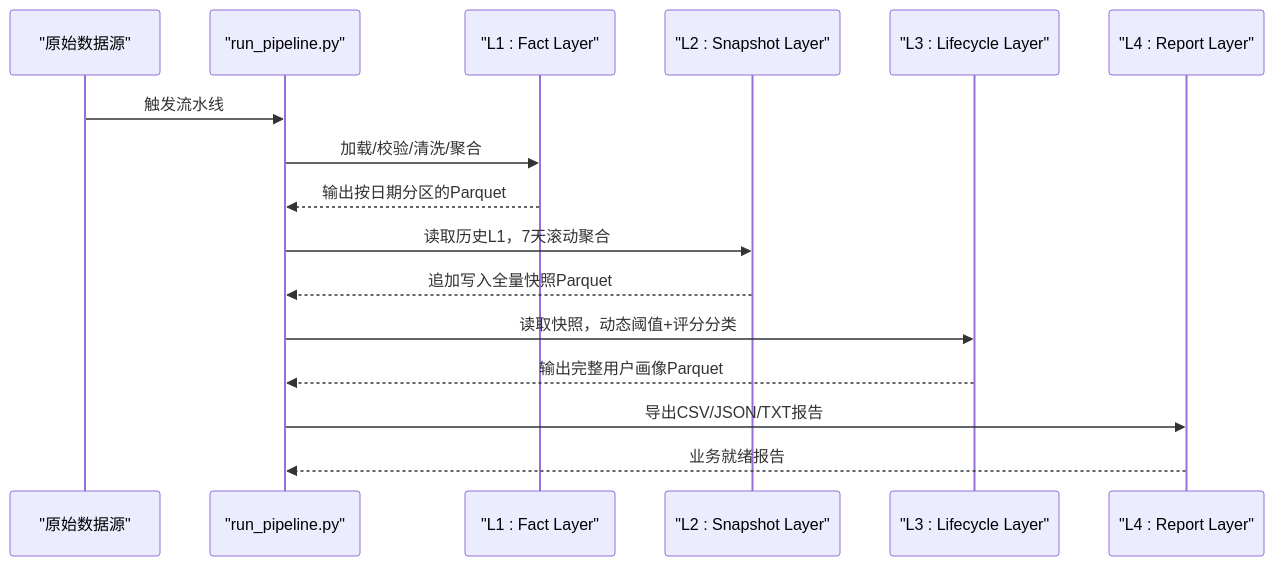
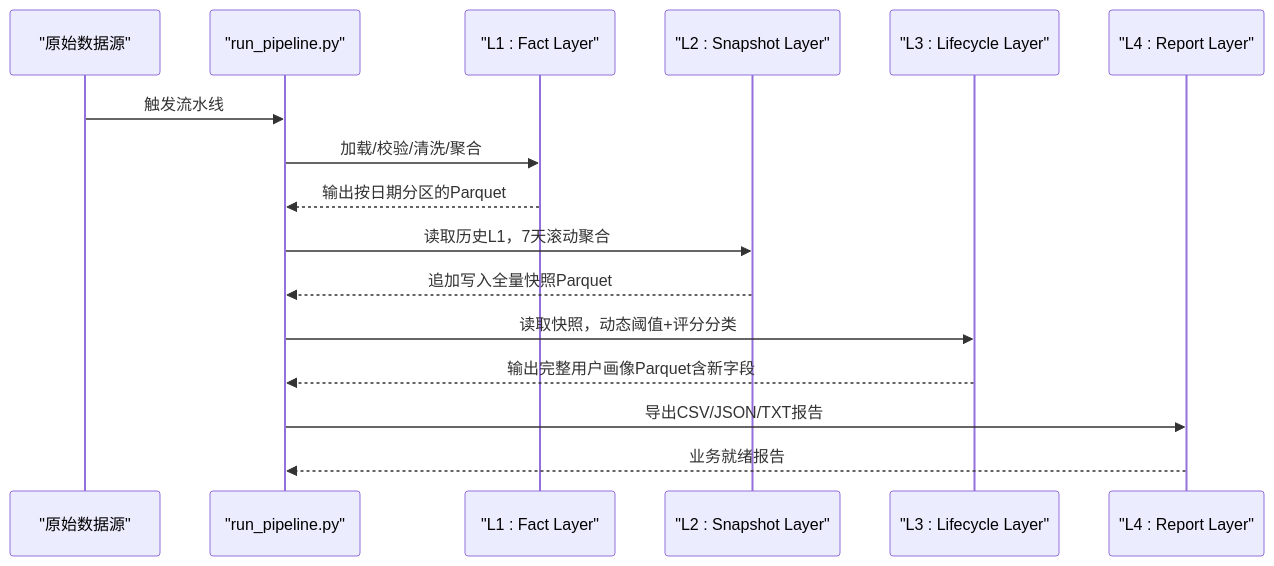
The second of 6 diagrams in .qoder/repowiki/zh/content/数据模型和格式.md (cr71111/User_characteristics_repo), drawn with Mermaid before and after one commit. The commit also changed other lines of this file and 158 other files, not shown here.

````diff
--- a/.qoder/repowiki/zh/content/数据模型和格式.md
+++ b/.qoder/repowiki/zh/content/数据模型和格式.md
@@ -104,18 +116,18 @@
 ```mermaid
 sequenceDiagram
 participant SRC as "原始数据源"
 participant PIPE as "run_pipeline.py"
 participant L1 as "L1 : Fact Layer"
 participant L2 as "L2 : Snapshot Layer"
 participant L3 as "L3 : Lifecycle Layer"
 participant L4 as "L4 : Report Layer"
 SRC->>PIPE : 触发流水线
 PIPE->>L1 : 加载/校验/清洗/聚合
 L1-->>PIPE : 输出按日期分区的Parquet
 PIPE->>L2 : 读取历史L1，7天滚动聚合
 L2-->>PIPE : 追加写入全量快照Parquet
 PIPE->>L3 : 读取快照，动态阈值+评分分类
-L3-->>PIPE : 输出完整用户画像Parquet
+L3-->>PIPE : 输出完整用户画像Parquet含新字段
 PIPE->>L4 : 导出CSV/JSON/TXT报告
 L4-->>PIPE : 业务就绪报告
 ```
````
